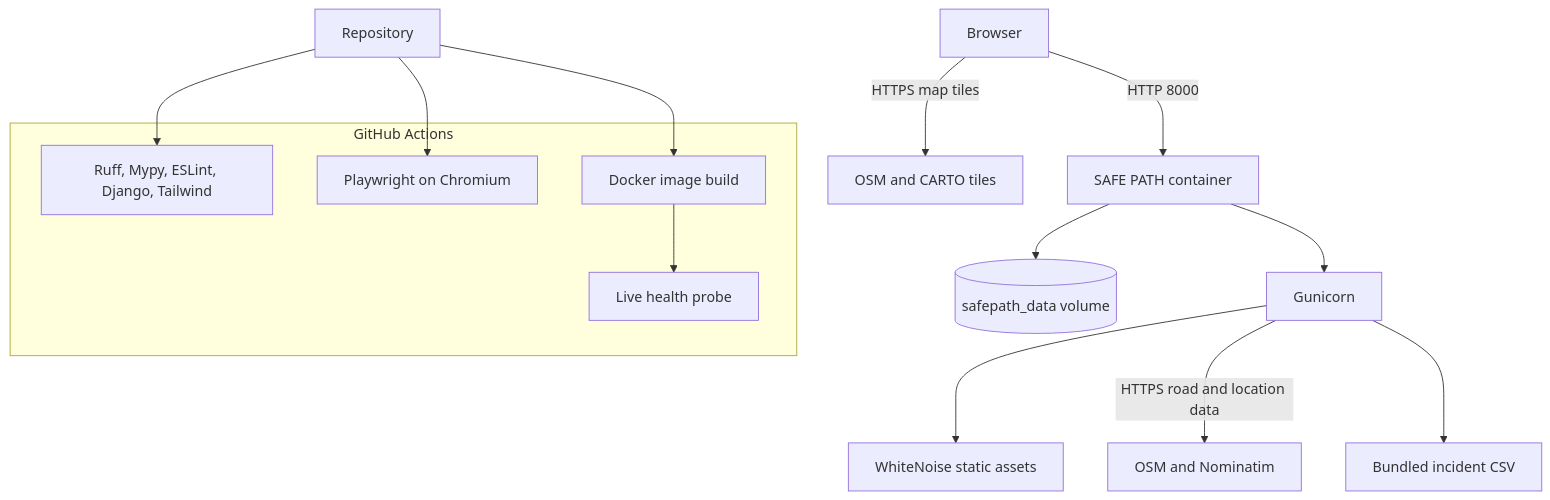
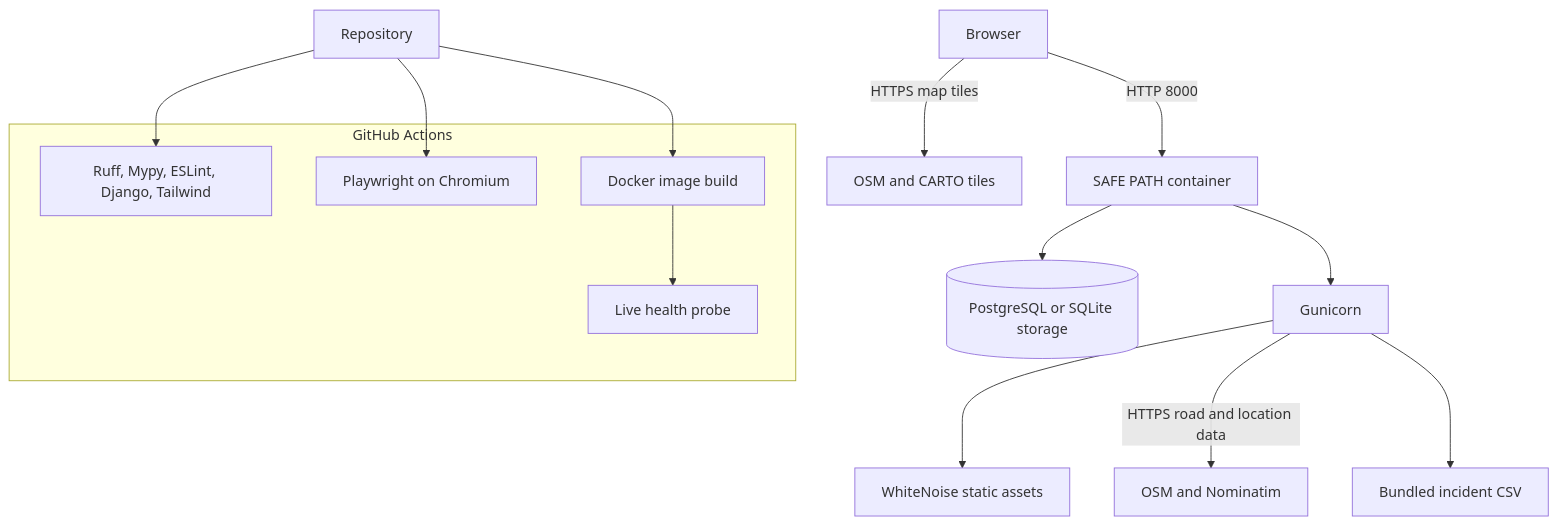
Before and after one commit to K2K22K2K22/SafePath: the sixth of 6 diagrams in docs/ARCHITECTURE.md, drawn with Mermaid. The commit also changed other lines of this file and 7 other files, not shown here.

Commit message:
feat(database): support environment-configured PostgreSQL

````diff
--- a/docs/ARCHITECTURE.md
+++ b/docs/ARCHITECTURE.md
@@ -317,22 +318,22 @@
 ```mermaid
 flowchart TB
     Client[Browser] -->|HTTP 8000| Container[SAFE PATH container]
     Client -->|HTTPS map tiles| Tiles[OSM and CARTO tiles]
     Container --> Django[Gunicorn]
     Django --> Static[WhiteNoise static assets]
     Django -->|HTTPS road and location data| External[OSM and Nominatim]
     Django --> CSV[Bundled incident CSV]
-    Container --> Database[(safepath_data volume)]
+    Container --> Database[(PostgreSQL or SQLite storage)]
 
     subgraph CI[GitHub Actions]
         Quality[Ruff, Mypy, ESLint, Django, Tailwind]
         Browser[Playwright on Chromium]
         Image[Docker image build]
         Probe[Live health probe]
     end
 
     Repo[Repository] --> Quality
     Repo --> Browser
     Repo --> Image
     Image --> Probe
 ```
````
